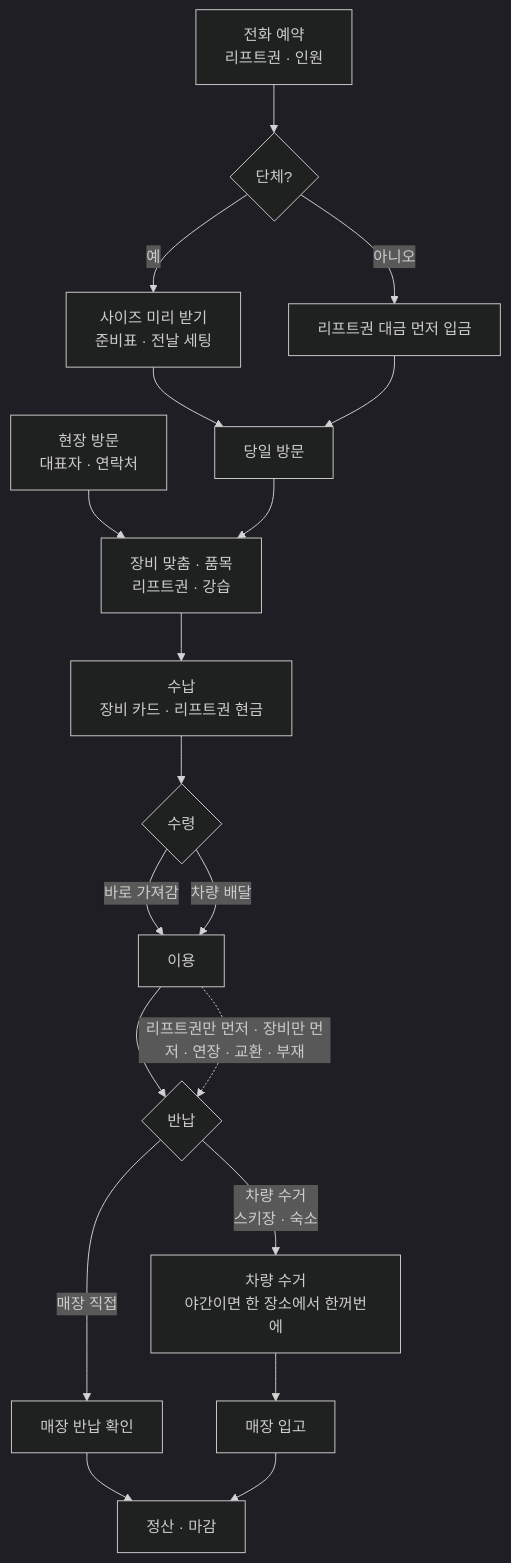
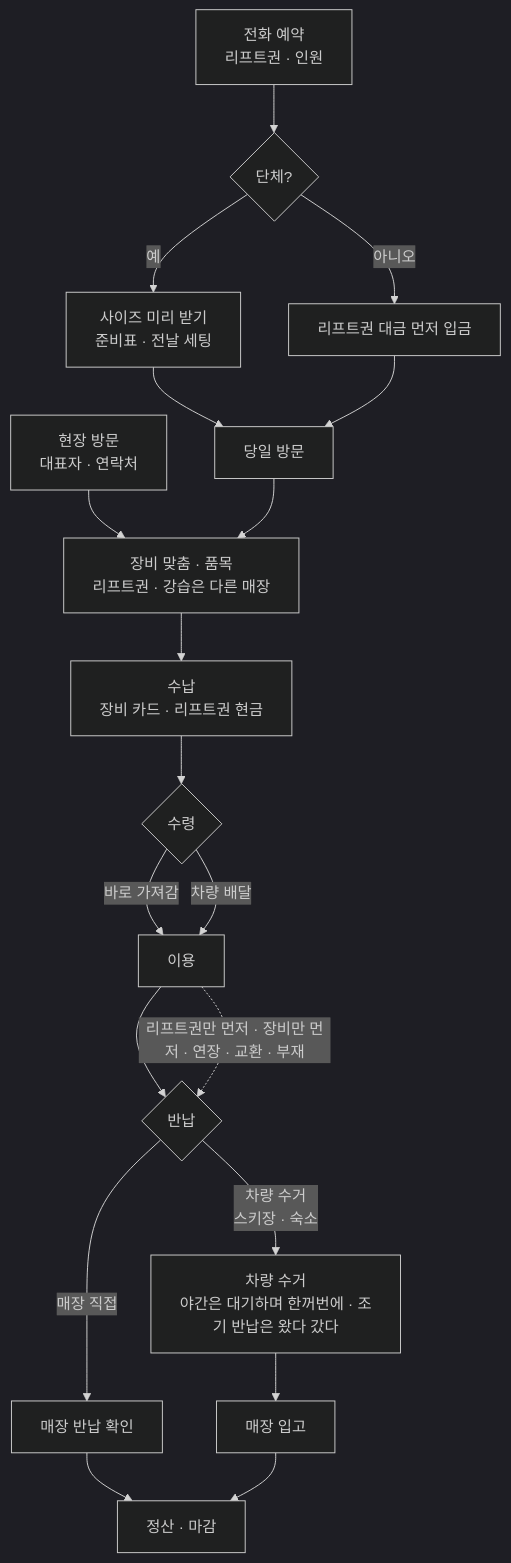
Before and after one commit to rosookwan/ski-rent-ops: the diagram in docs/52-operations-flow-and-ui-review.md, drawn with Mermaid (dark theme). The commit also changed other lines of this file, not shown here.

````diff
--- a/docs/52-operations-flow-and-ui-review.md
+++ b/docs/52-operations-flow-and-ui-review.md
@@ -47,21 +48,21 @@
 ```mermaid
 flowchart TD
-  W[현장 방문<br/>대표자 · 연락처] --> F[장비 맞춤 · 품목<br/>리프트권 · 강습]
+  W[현장 방문<br/>대표자 · 연락처] --> F[장비 맞춤 · 품목<br/>리프트권 · 강습은 다른 매장]
   P[전화 예약<br/>리프트권 · 인원] --> G{단체?}
   G -- 예 --> S[사이즈 미리 받기<br/>준비표 · 전날 세팅]
   G -- 아니오 --> D[리프트권 대금 먼저 입금]
   S --> A[당일 방문]
   D --> A
   A --> F
   F --> M[수납<br/>장비 카드 · 리프트권 현금]
   M --> R{수령}
   R -- 바로 가져감 --> U[이용]
   R -- 차량 배달 --> U
   U --> X{반납}
   X -- 매장 직접 --> B[매장 반납 확인]
-  X -- 차량 수거<br/>스키장 · 숙소 --> V[차량 수거<br/>야간이면 한 장소에서 한꺼번에]
+  X -- 차량 수거<br/>스키장 · 숙소 --> V[차량 수거<br/>야간은 대기하며 한꺼번에 · 조기 반납은 왔다 갔다]
   V --> I[매장 입고]
   B --> C[정산 · 마감]
   I --> C
   U -. 리프트권만 먼저 · 장비만 먼저 · 연장 · 교환 · 부재 .-> X
 ```
````
